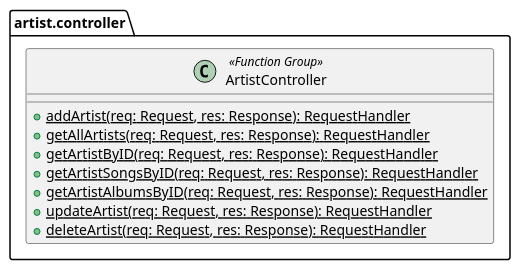
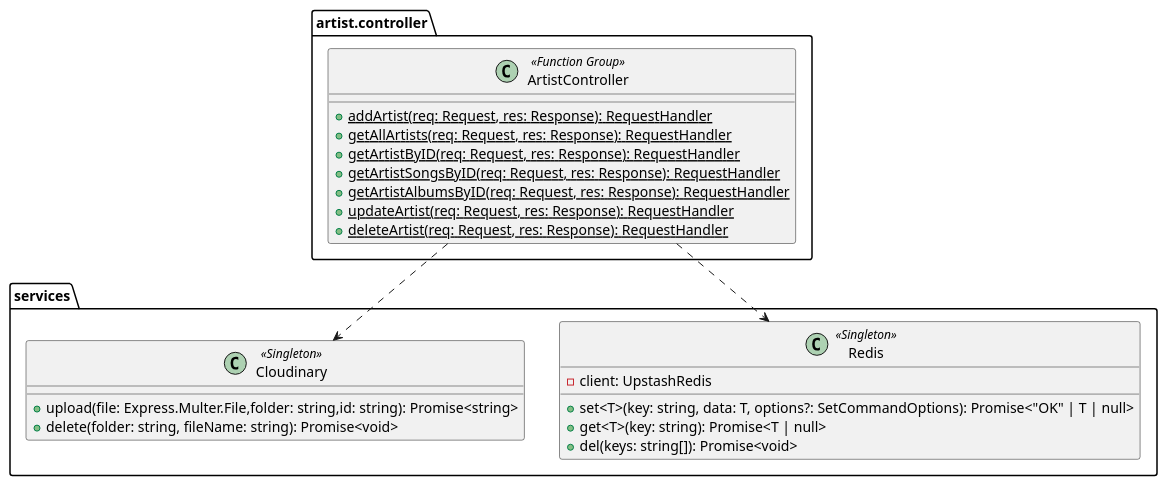
Before and after one commit to MusikStreaming/MusikStreamingBE: the diagram in diagrams/packages/controllers/artist.puml, drawn with PlantUML. The commit also changed 19 other files, not shown here.

Commit message:
[UPDATE]: fixing class diagrams

```diff
--- a/diagrams/packages/controllers/artist.puml
+++ b/diagrams/packages/controllers/artist.puml
@@ -1,16 +1,33 @@
 @startuml
 
 set separator none
 package artist.controller {
     class ArtistController <<Function Group>> {
         + {static} addArtist(req: Request, res: Response): RequestHandler
         + {static} getAllArtists(req: Request, res: Response): RequestHandler
         + {static} getArtistByID(req: Request, res: Response): RequestHandler
         + {static} getArtistSongsByID(req: Request, res: Response): RequestHandler
         + {static} getArtistAlbumsByID(req: Request, res: Response): RequestHandler
         + {static} updateArtist(req: Request, res: Response): RequestHandler
         + {static} deleteArtist(req: Request, res: Response): RequestHandler
     }
 }
 
+package services {
+    class Redis <<Singleton>> {
+        - client: UpstashRedis
+
+        + set<T>(key: string, data: T, options?: SetCommandOptions): Promise<"OK" | T | null>
+        + get<T>(key: string): Promise<T | null>
+        + del(keys: string[]): Promise<void>
+    }
+    class Cloudinary <<Singleton>> {
+        + upload(file: Express.Multer.File,folder: string,id: string): Promise<string>
+        + delete(folder: string, fileName: string): Promise<void>
+    }
+}
+
+ArtistController ..> Redis
+ArtistController ..> Cloudinary
+
 @enduml
```
